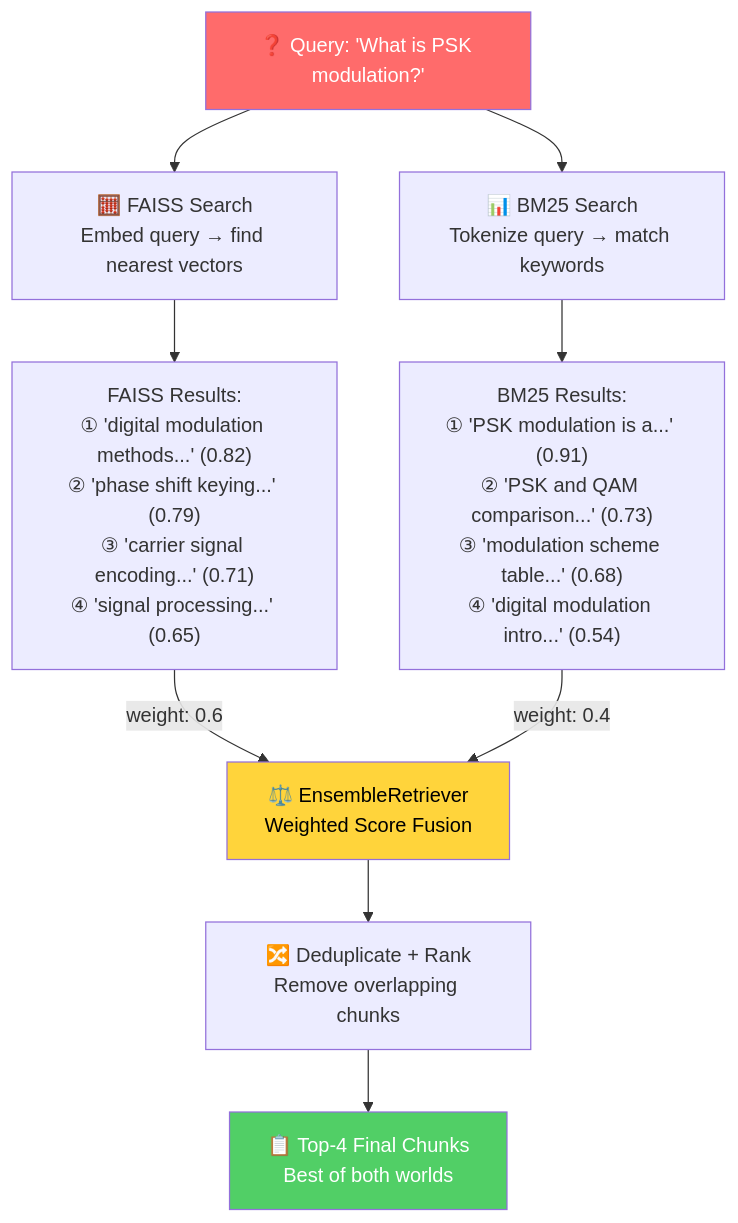
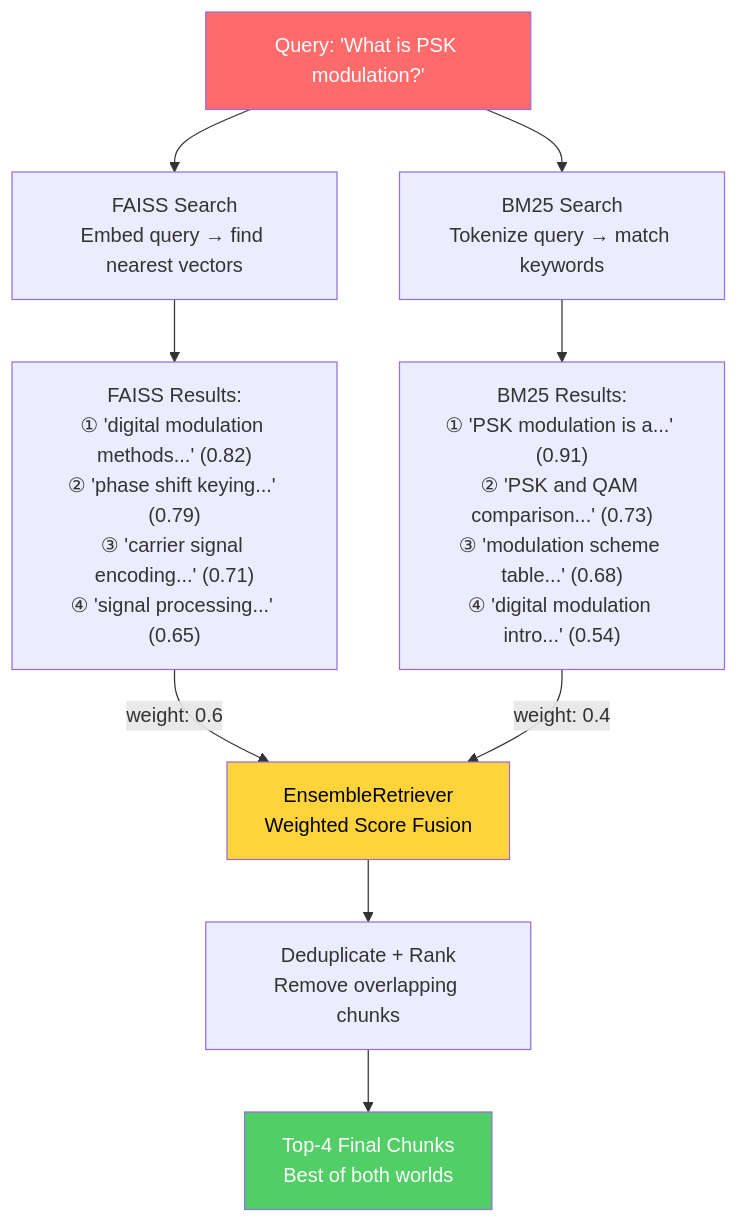
Before and after one commit to killjoycircuit/rag: the seventh of 16 diagrams in README.md, drawn with Mermaid. The commit also changed other lines of this file, not shown here.

````diff
--- a/README.md
+++ b/README.md
@@ -292,19 +292,19 @@
 ```mermaid
 graph TD
-    Q["❓ Query: 'What is PSK modulation?'"] --> F["🧮 FAISS Search<br/>Embed query → find nearest vectors"]
-    Q --> B["📊 BM25 Search<br/>Tokenize query → match keywords"]
+    Q["Query: 'What is PSK modulation?'"] --> F["FAISS Search<br/>Embed query → find nearest vectors"]
+    Q --> B["BM25 Search<br/>Tokenize query → match keywords"]
 
     F --> FR["FAISS Results:<br/>① 'digital modulation methods...' (0.82)<br/>② 'phase shift keying...' (0.79)<br/>③ 'carrier signal encoding...' (0.71)<br/>④ 'signal processing...' (0.65)"]
 
     B --> BR["BM25 Results:<br/>① 'PSK modulation is a...' (0.91)<br/>② 'PSK and QAM comparison...' (0.73)<br/>③ 'modulation scheme table...' (0.68)<br/>④ 'digital modulation intro...' (0.54)"]
 
-    FR -->|"weight: 0.6"| E["⚖️ EnsembleRetriever<br/>Weighted Score Fusion"]
+    FR -->|"weight: 0.6"| E["EnsembleRetriever<br/>Weighted Score Fusion"]
     BR -->|"weight: 0.4"| E
 
-    E --> D["🔀 Deduplicate + Rank<br/>Remove overlapping chunks"]
-    D --> R["📋 Top-4 Final Chunks<br/>Best of both worlds"]
+    E --> D["Deduplicate + Rank<br/>Remove overlapping chunks"]
+    D --> R["Top-4 Final Chunks<br/>Best of both worlds"]
 
     style Q fill:#ff6b6b,color:#fff
     style E fill:#ffd43b,color:#000
     style R fill:#51cf66,color:#fff
 ```
````
